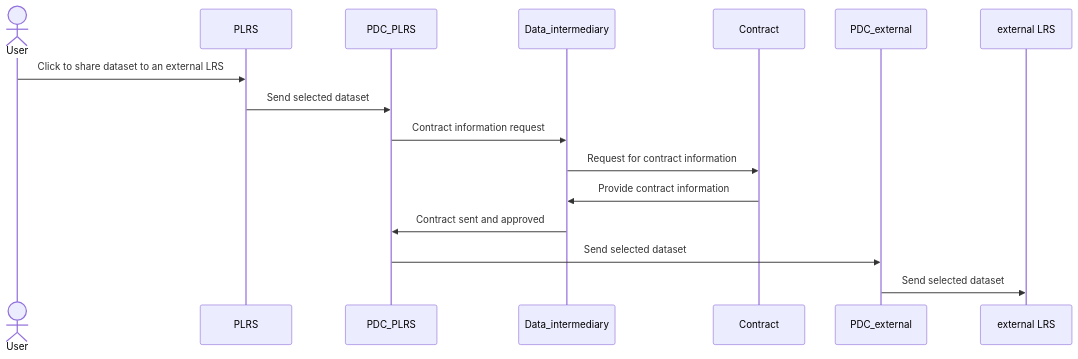
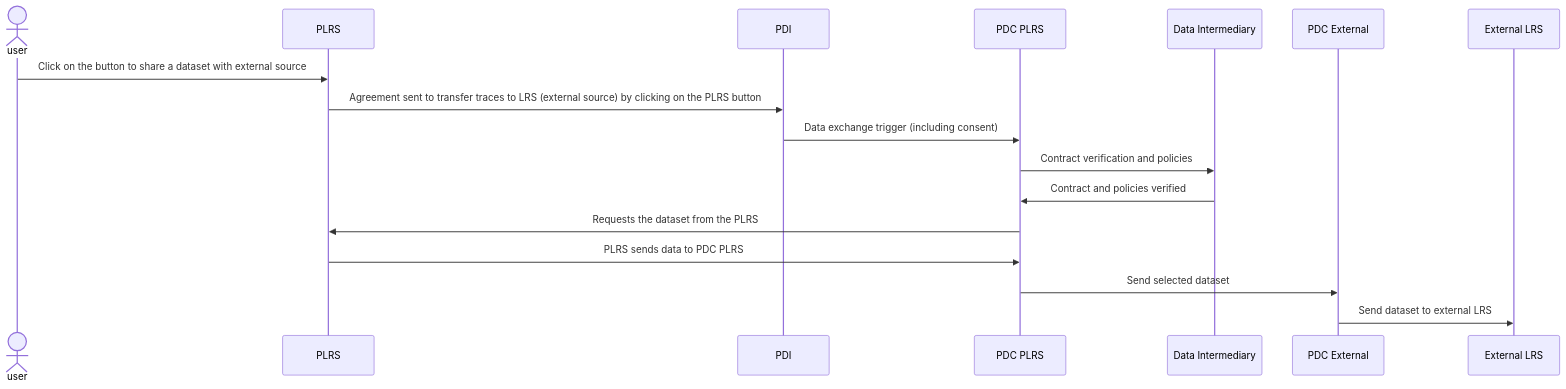
One commit to Prometheus-X-association/lrs-gateway changed the fifth of 5 diagrams in docs/design-document.md. Above: the diagram before and after it, drawn with Mermaid.

````diff
--- a/docs/design-document.md
+++ b/docs/design-document.md
@@ -659,12 +659,20 @@
 ```mermaid
 sequenceDiagram
-   actor User as User
-   User->>PLRS: Click to share dataset to an external LRS
-   PLRS->>PDC_PLRS: Send selected dataset
-   PDC_PLRS->>Data_intermediary: Contract information request
-   Data_intermediary->>Contract: Request for contract information
-   Contract->>Data_intermediary: Provide contract information
-   Data_intermediary->>PDC_PLRS: Contract sent and approved
+   actor User as user
+   participant PLRS as PLRS
+   participant PDI as PDI
+   participant PDC_PLRS as PDC PLRS
+   participant Data_intermediary as Data Intermediary
+   participant PDC_external as PDC External
+   participant External_LRS as External LRS
+
+   User->>PLRS: Click on the button to share a dataset with external source
+   PLRS->>PDI: Agreement sent to transfer traces to LRS (external source) by clicking on the PLRS button
+   PDI->>PDC_PLRS: Data exchange trigger (including consent)
+   PDC_PLRS->>Data_intermediary: Contract verification and policies
+   Data_intermediary->>PDC_PLRS: Contract and policies verified
+   PDC_PLRS->>PLRS: Requests the dataset from the PLRS
+   PLRS->>PDC_PLRS: PLRS sends data to PDC PLRS
    PDC_PLRS->>PDC_external: Send selected dataset
-   PDC_external->>external LRS: Send selected dataset
+   PDC_external->>External_LRS: Send dataset to external LRS
 ```
````
